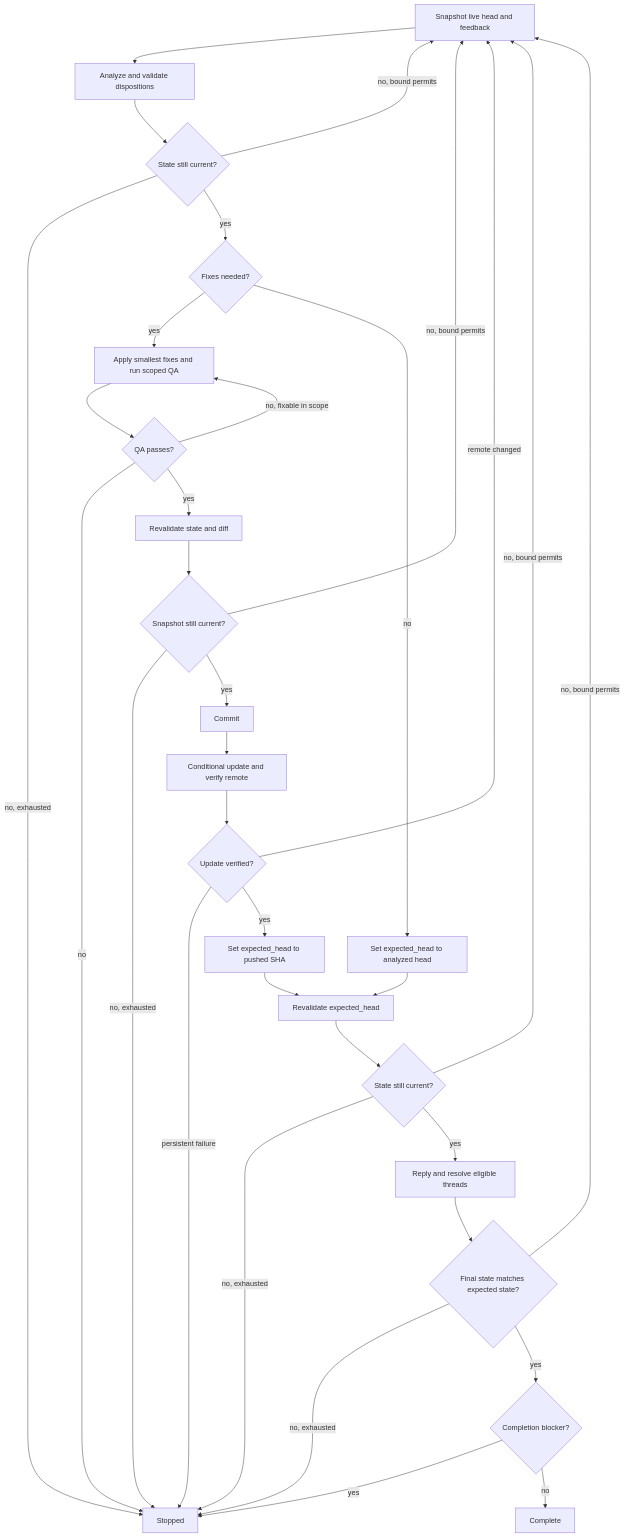
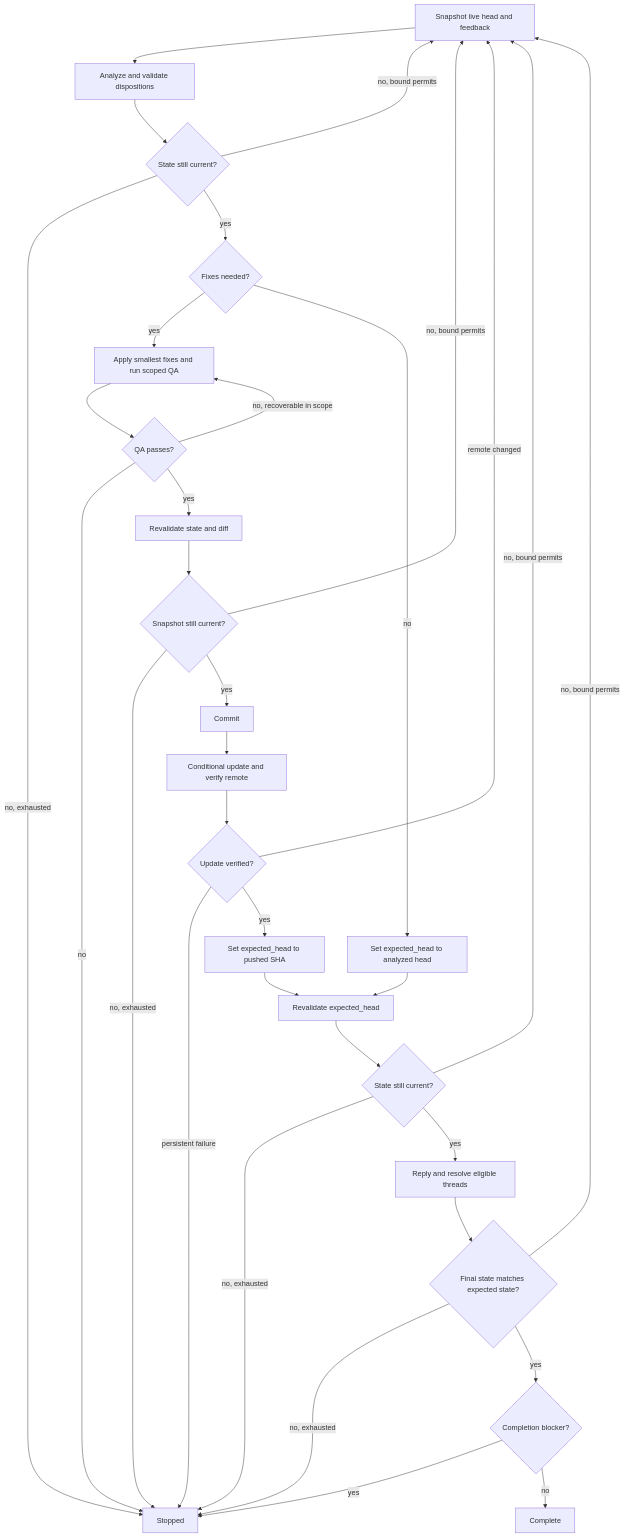
The diagram in skills/pr-feedback-triage/SKILL.md (dceoy/pr-loop), drawn with Mermaid before and after one commit. The commit also changed other lines of this file and 1 other file, not shown here.

````diff
--- a/skills/pr-feedback-triage/SKILL.md
+++ b/skills/pr-feedback-triage/SKILL.md
@@ -54,35 +67,35 @@
 ```mermaid
 flowchart TD
   A[Snapshot live head and feedback] --> B[Analyze and validate dispositions]
   B --> C{State still current?}
   C -->|no, bound permits| A
   C -->|no, exhausted| X[Stopped]
   C -->|yes| D{Fixes needed?}
   D -->|yes| E[Apply smallest fixes and run scoped QA]
   E --> F{QA passes?}
-  F -->|no, fixable in scope| E
+  F -->|no, recoverable in scope| E
   F -->|no| X
   F -->|yes| G[Revalidate state and diff]
   G --> R{Snapshot still current?}
   R -->|no, bound permits| A
   R -->|no, exhausted| X
   R -->|yes| S[Commit]
   S --> H[Conditional update and verify remote]
   H --> I{Update verified?}
   I -->|remote changed| A
   I -->|persistent failure| X
   I -->|yes| J[Set expected_head to pushed SHA]
   D -->|no| K[Set expected_head to analyzed head]
   J --> L[Revalidate expected_head]
   K --> L
   L --> M{State still current?}
   M -->|no, bound permits| A
   M -->|no, exhausted| X
   M -->|yes| N[Reply and resolve eligible threads]
   N --> O{Final state matches expected state?}
   O -->|no, bound permits| A
   O -->|no, exhausted| X
   O -->|yes| P{Completion blocker?}
   P -->|yes| X
   P -->|no| Q[Complete]
 ```
````
